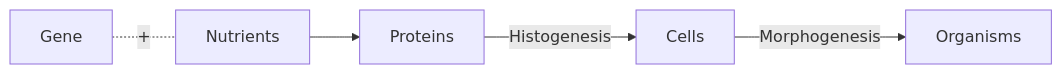
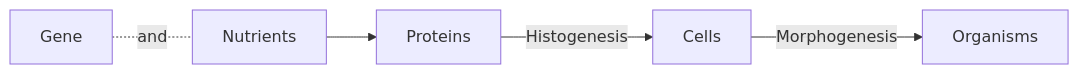
Before and after one commit to yatharthb97/yatharthb97.github.io: the first of 2 diagrams in content/classnotes/How natural selection took over immunology.md, drawn with Mermaid. The commit also changed other lines of this file, not shown here.

````diff
--- a/content/classnotes/How natural selection took over immunology.md
+++ b/content/classnotes/How natural selection took over immunology.md
@@ -163,6 +167,6 @@
   ```mermaid
   flowchart LR
-  	Gene -."+".- Nutrients --> Proteins
+  	Gene -."and".- Nutrients --> Proteins
   	Proteins --Histogenesis --> Cells
   	Cells --Morphogenesis-->Organisms
   ```
````
